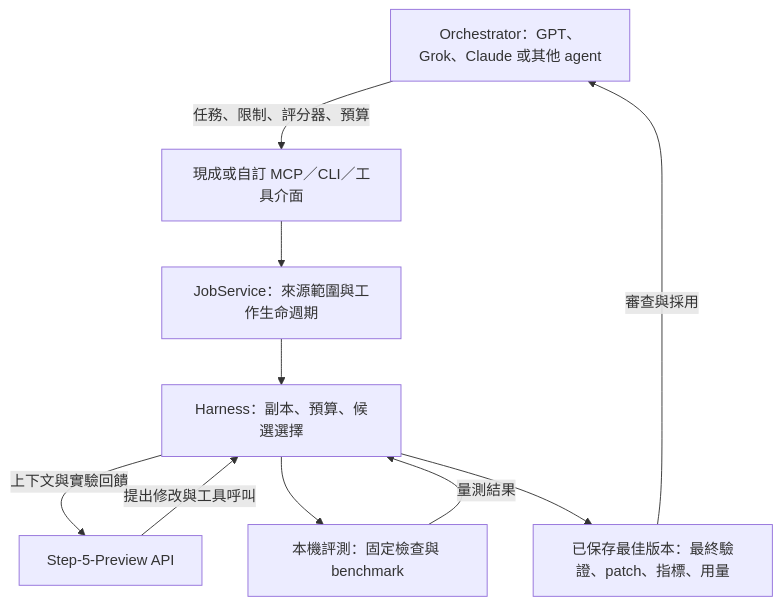
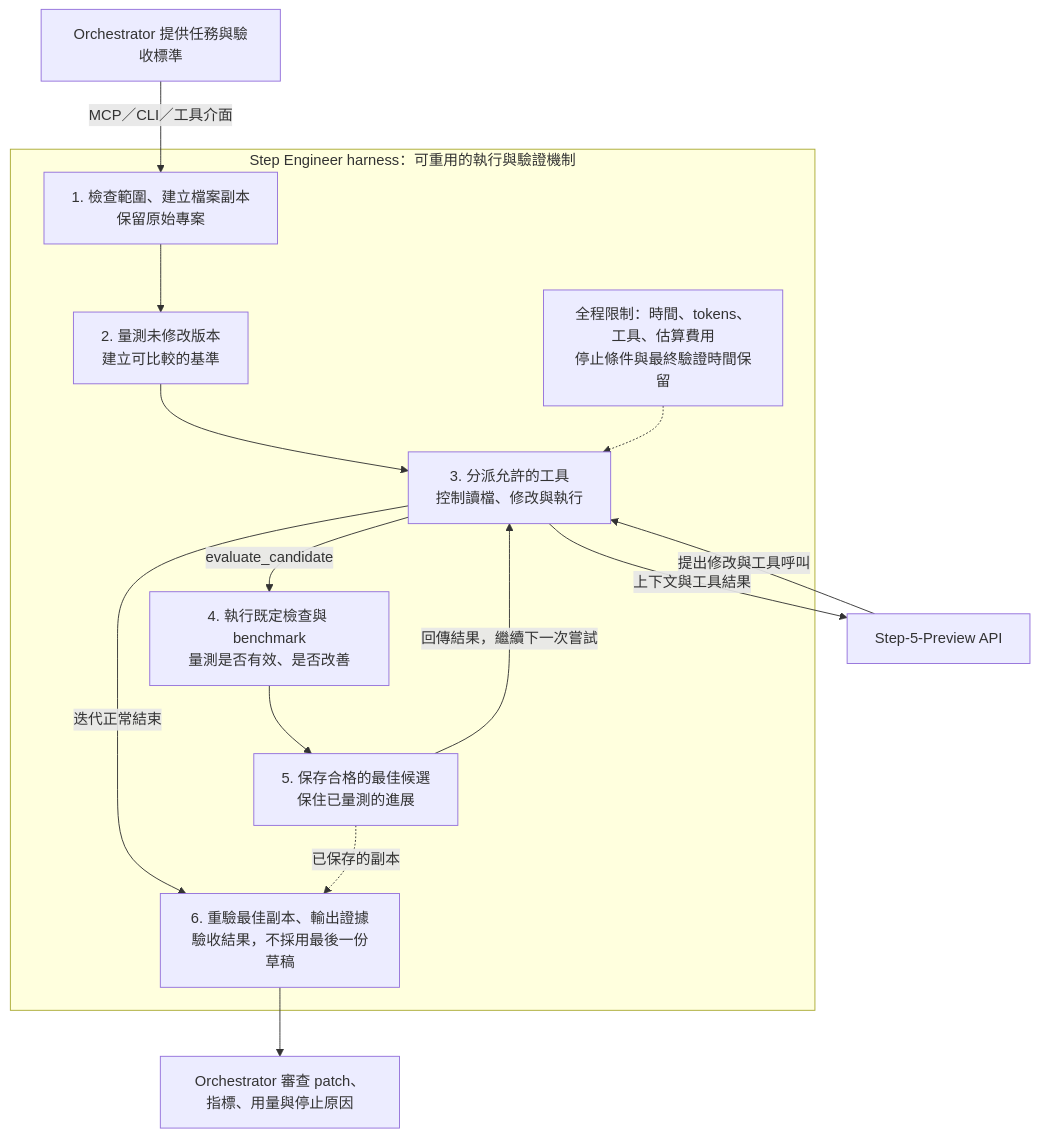
Before and after one commit to ShemYu/step-engineer: the diagram in docs/README.zh-TW.md, drawn with Mermaid. The commit also changed other lines of this file and 1 other file, not shown here.

Commit message:
Explain harness responsibilities and design rationale in architecture diagrams

````diff
--- a/docs/README.zh-TW.md
+++ b/docs/README.zh-TW.md
@@ -21,12 +25,17 @@
 ```mermaid
 flowchart TD
-    O["Orchestrator：GPT、Grok、Claude 或其他 agent"] -->|"任務、限制、評分器、預算"| I["現成或自訂 MCP／CLI／工具介面"]
-    I --> J["JobService：來源範圍與工作生命週期"]
-    J --> H["Harness：副本、預算、候選選擇"]
-    H -->|"上下文與實驗回饋"| S["Step-5-Preview API"]
-    S -->|"提出修改與工具呼叫"| H
-    H --> E["本機評測：固定檢查與 benchmark"]
-    E -->|"量測結果"| H
-    H --> R["已保存最佳版本：最終驗證、patch、指標、用量"]
-    R -->|"審查與採用"| O
+    O["Orchestrator 提供任務與驗收標準"] -->|"MCP／CLI／工具介面"| C
+    subgraph H["Step Engineer harness：可重用的執行與驗證機制"]
+        C["1. 檢查範圍、建立檔案副本<br/>保留原始專案"] --> B["2. 量測未修改版本<br/>建立可比較的基準"]
+        B --> L["3. 分派允許的工具<br/>控制讀檔、修改與執行"]
+        L -->|"evaluate_candidate"| E["4. 執行既定檢查與 benchmark<br/>量測是否有效、是否改善"]
+        E --> K["5. 保存合格的最佳候選<br/>保住已量測的進展"]
+        K -->|"回傳結果，繼續下一次嘗試"| L
+        L -->|"迭代正常結束"| V["6. 重驗最佳副本、輸出證據<br/>驗收結果，不採用最後一份草稿"]
+        K -.->|"已保存的副本"| V
+        G["全程限制：時間、tokens、工具、估算費用<br/>停止條件與最終驗證時間保留"] -.-> L
+    end
+    L -->|"上下文與工具結果"| S["Step-5-Preview API"]
+    S -->|"提出修改與工具呼叫"| L
+    V --> R["Orchestrator 審查 patch、指標、用量與停止原因"]
 ```
````
